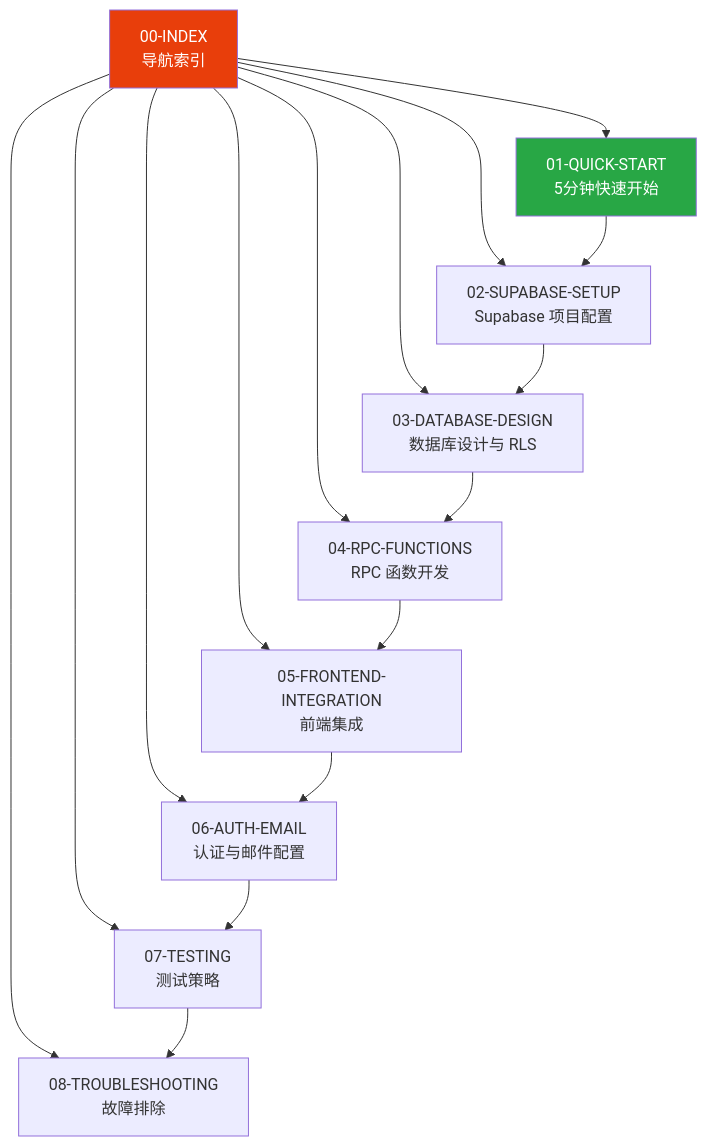
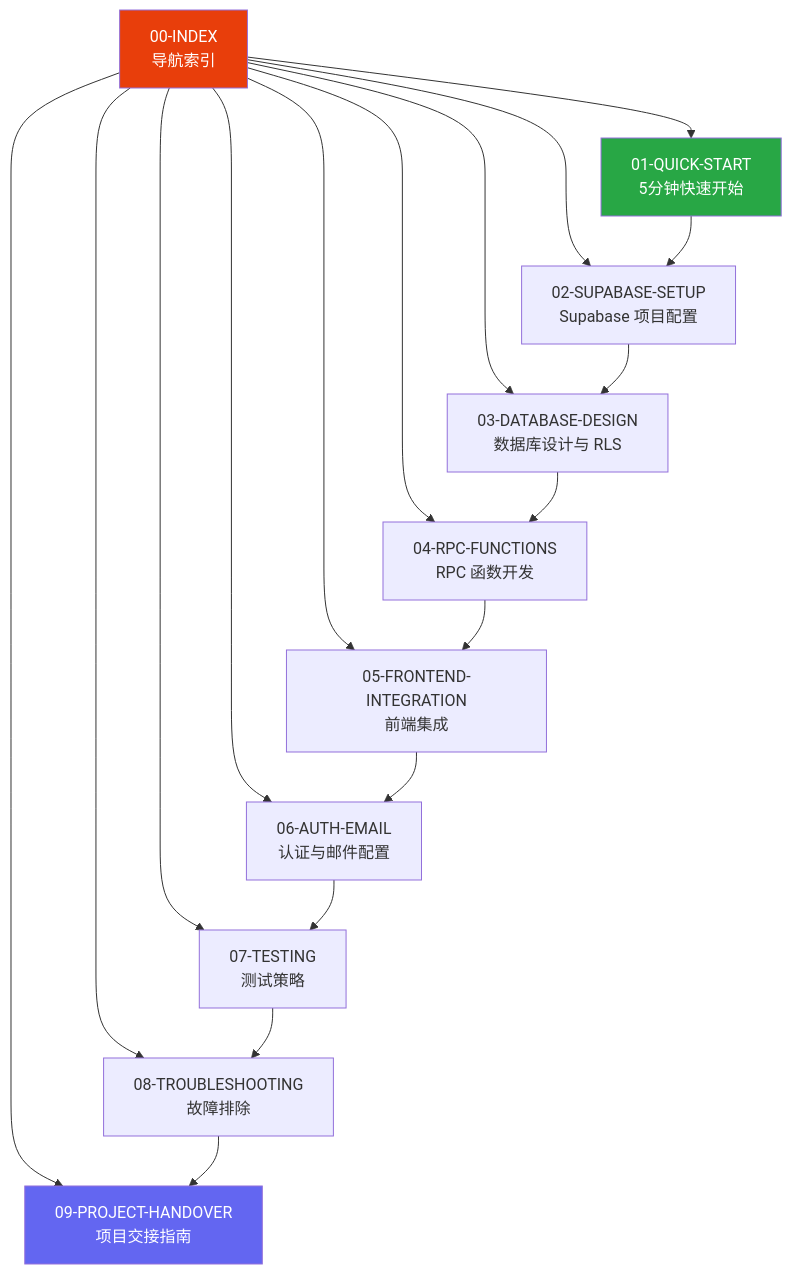
One commit to veil-chow-fyaic/SRM changed the diagram in docs/ai-backend-development-guide/00-INDEX.md. Above: the diagram before and after it, drawn with Mermaid. The commit also changed other lines of this file and 3 other files, not shown here.

````diff
--- a/docs/ai-backend-development-guide/00-INDEX.md
+++ b/docs/ai-backend-development-guide/00-INDEX.md
@@ -7,22 +7,25 @@
 ```mermaid
 graph TB
     A[00-INDEX<br/>导航索引] --> B[01-QUICK-START<br/>5分钟快速开始]
     A --> C[02-SUPABASE-SETUP<br/>Supabase 项目配置]
     A --> D[03-DATABASE-DESIGN<br/>数据库设计与 RLS]
     A --> E[04-RPC-FUNCTIONS<br/>RPC 函数开发]
     A --> F[05-FRONTEND-INTEGRATION<br/>前端集成]
     A --> G[06-AUTH-EMAIL<br/>认证与邮件配置]
     A --> H[07-TESTING<br/>测试策略]
     A --> I[08-TROUBLESHOOTING<br/>故障排除]
+    A --> J[09-PROJECT-HANDOVER<br/>项目交接指南]
 
     B --> C
     C --> D
     D --> E
     E --> F
     F --> G
     G --> H
     H --> I
+    I --> J
 
     style A fill:#e83e0b,color:#fff
     style B fill:#28a745,color:#fff
+    style J fill:#6366f1,color:#fff
 ```
````
